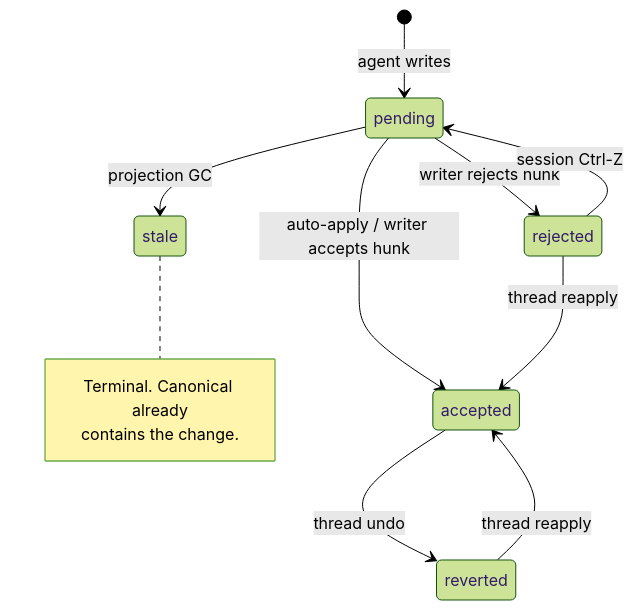
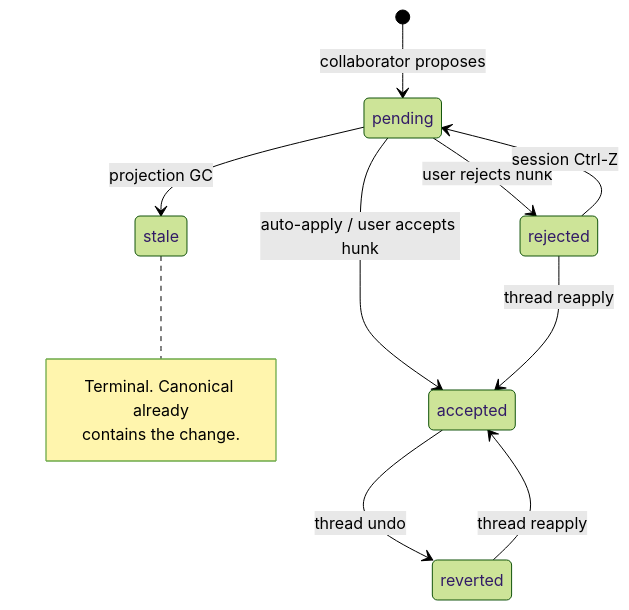
One commit to haowjy/meridian-flow changed the third of 3 diagrams in _docs/plans/collab-data-model-v2/spec/architecture.md. Above: the diagram before and after it, drawn with Mermaid (forest theme). The commit also changed other lines of this file and 3 other files, not shown here.

````diff
--- a/_docs/plans/collab-data-model-v2/spec/architecture.md
+++ b/_docs/plans/collab-data-model-v2/spec/architecture.md
@@ -121,16 +130,16 @@
 ```mermaid
 stateDiagram-v2
-    [*] --> pending : agent writes
+    [*] --> pending : collaborator proposes
 
-    pending --> accepted : auto-apply / writer accepts hunk
-    pending --> rejected : writer rejects hunk
+    pending --> accepted : auto-apply / user accepts hunk
+    pending --> rejected : user rejects hunk
     pending --> stale : projection GC
 
     accepted --> reverted : thread undo
     reverted --> accepted : thread reapply
     rejected --> accepted : thread reapply
 
     rejected --> pending : session Ctrl-Z
 
     note right of stale : Terminal. Canonical already<br/>contains the change.
 ```
````
